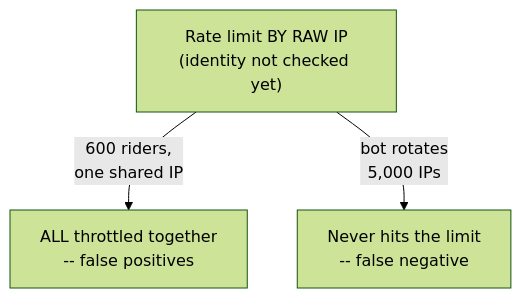
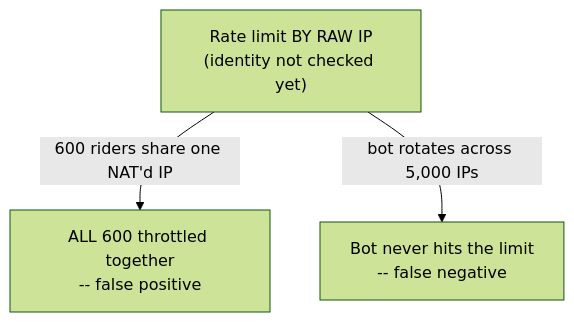
One commit to riyaz-pasha/Learnings changed the fourth of 13 diagrams in system-design/HLD/0-course/64-Design-an-API-Gateway-FAANG-Guide-story.md. Above: the diagram before and after it, drawn with Mermaid (forest theme). The commit also changed other lines of this file and 1 other file, not shown here.

Commit message:
[REWRITE] API Gateway story guide: simplify prose, add structure, fix diagrams

````diff
--- a/system-design/HLD/0-course/64-Design-an-API-Gateway-FAANG-Guide-story.md
+++ b/system-design/HLD/0-course/64-Design-an-API-Gateway-FAANG-Guide-story.md
@@ -163,5 +253,6 @@
 ```mermaid
-flowchart TD
-    A["Rate limit BY RAW IP\n(identity not checked yet)"] -->|"600 riders,\none shared IP"| B["ALL throttled together\n-- false positives"]
-    A -->|"bot rotates\n5,000 IPs"| C["Never hits the limit\n-- false negative"]
+flowchart TB
+    A["Rate limit BY RAW IP<br/>(identity not checked yet)"]
+    A -->|"600 riders share one NAT'd IP"| B["ALL 600 throttled together<br/>-- false positive"]
+    A -->|"bot rotates across 5,000 IPs"| C["Bot never hits the limit<br/>-- false negative"]
 ```
````
